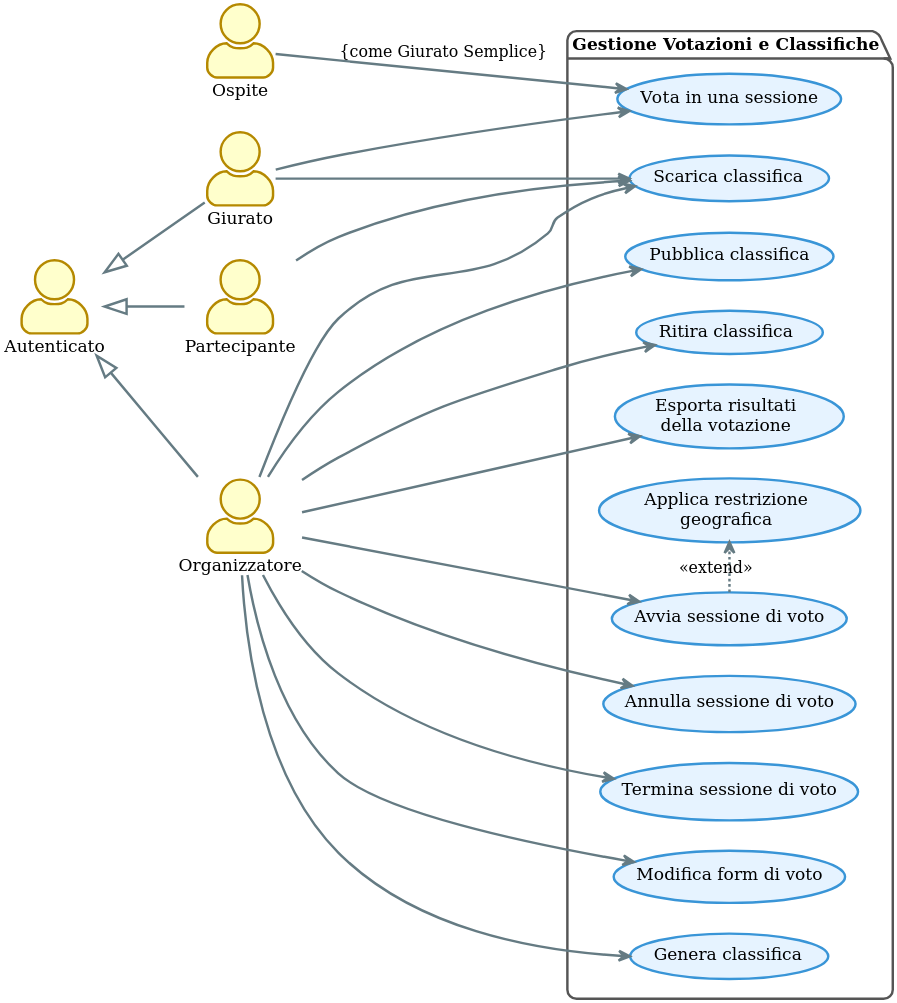
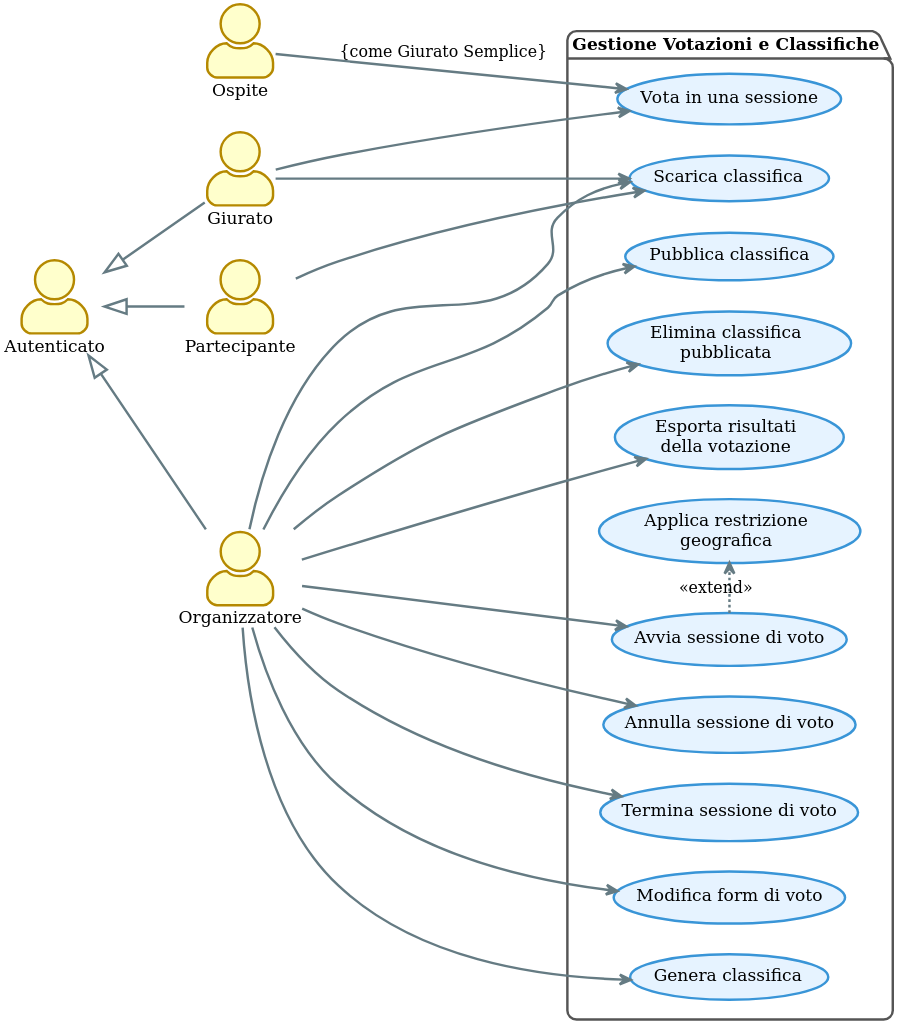
One commit to TMoretta/Swift-Contest changed the diagram in thesis/diagrams/src/use-case-diagram-3.puml. Above: the diagram before and after it, drawn with PlantUML. The commit also changed 18 other files, not shown here.

```diff
--- a/thesis/diagrams/src/use-case-diagram-3.puml
+++ b/thesis/diagrams/src/use-case-diagram-3.puml
@@ -1,85 +1,85 @@
 @startuml
 
 !theme sunlust
 skinparam dpi 300
 left to right direction
 skinparam backgroundColor transparent
 skinparam actorStyle awesome
 skinparam shadowing false
 skinparam nodesep 25
 
 skinparam package {
     backgroundColor #FFFFFF
     borderColor #555555
 }
 skinparam usecase {
   backgroundColor #E6F3FF
   borderColor #3995D7
 }
 
 ' =======================================
 ' Attori
 ' =======================================
 actor Ospite
 actor Autenticato
 actor Giurato
 actor Partecipante
 actor Organizzatore
 
 Autenticato <|-- Giurato
 Autenticato <|-- Organizzatore
 Autenticato <|-- Partecipante
 
 ' =======================================
 ' Packages e Casi d'Uso
 ' =======================================
 
 package "Gestione Votazioni e Classifiche" {
   usecase "Vota in una sessione" as UC_VoteInSession
 
   usecase "Avvia sessione di voto" as UC_StartVotingSession
   usecase "Annulla sessione di voto" as UC_CancelVotingSession
   usecase "Termina sessione di voto" as UC_EndVotingSession
   usecase "Applica restrizione geografica" as UC_ApplyGeoRestriction
 
   usecase "Modifica form di voto" as UC_EditJuryForm
 
   usecase "Genera classifica" as UC_GenerateRanking
   usecase "Pubblica classifica" as UC_PublishRanking
-  usecase "Ritira classifica" as UC_UnpublishRanking
+  usecase "Elimina classifica\npubblicata" as UC_UnpublishRanking
   usecase "Scarica classifica" as UC_DownloadRanking
 
   usecase "Esporta risultati\ndella votazione" as UC_ExportVotingResults
 }
 
 ' =======================================
 ' Connessioni
 ' =======================================
 
 ' Ospite (come Giurato Semplice)
 Ospite --> UC_VoteInSession : {come Giurato Semplice}
 
 ' Giurato (sia Nominato che Semplice)
 Giurato --> UC_VoteInSession
 Giurato --> UC_DownloadRanking
 
 ' Organizzatore
 Organizzatore --> UC_EditJuryForm
 Organizzatore --> UC_StartVotingSession
 Organizzatore --> UC_CancelVotingSession
 Organizzatore --> UC_EndVotingSession
 Organizzatore --> UC_GenerateRanking
 Organizzatore --> UC_PublishRanking
 Organizzatore --> UC_UnpublishRanking
 Organizzatore --> UC_DownloadRanking
 Organizzatore --> UC_ExportVotingResults
 
 ' Partecipante
 Partecipante --> UC_DownloadRanking
 
 ' =======================================
 ' Relazioni tra Casi d'Uso
 ' =======================================
 (UC_StartVotingSession) .> (UC_ApplyGeoRestriction) : <<extend>>
 
 @enduml
```
